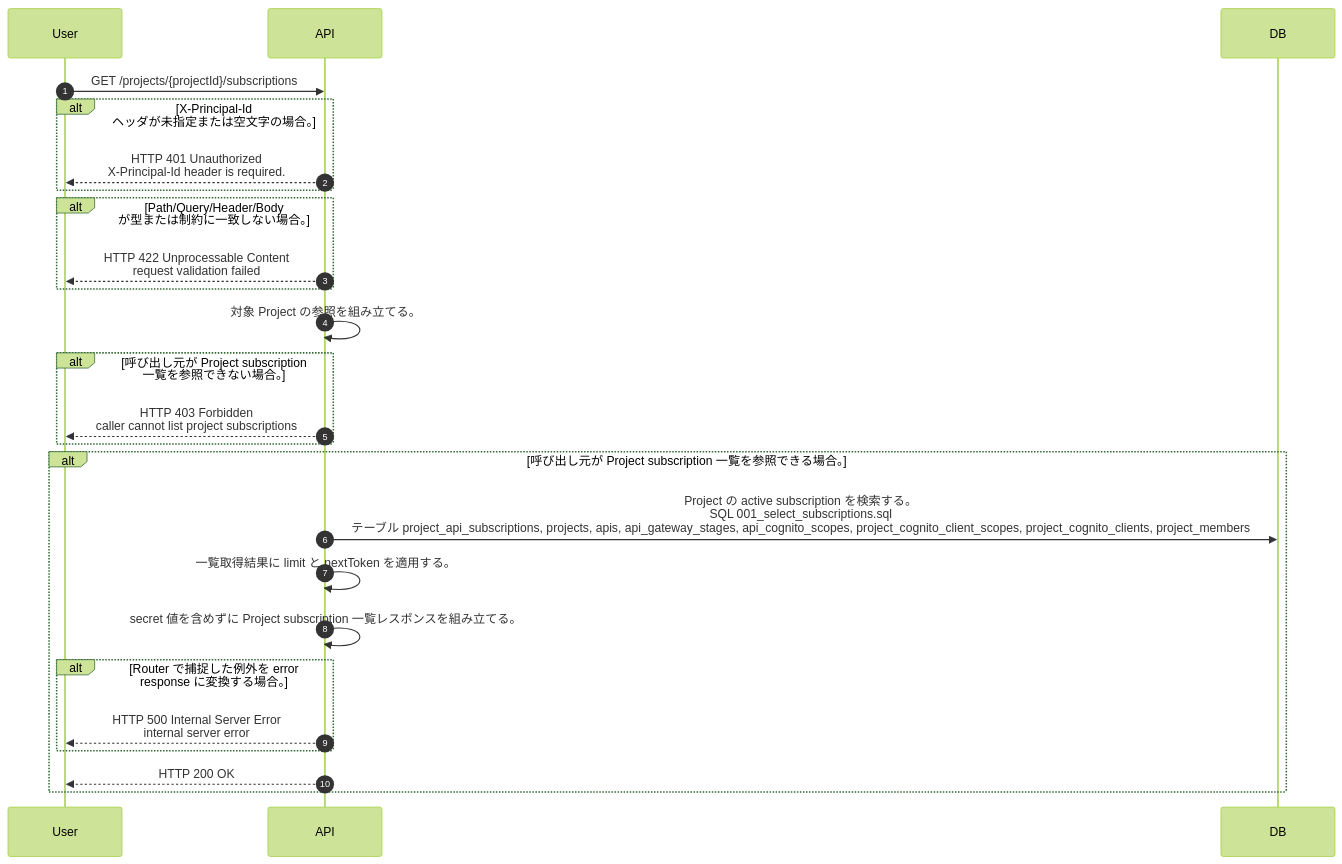
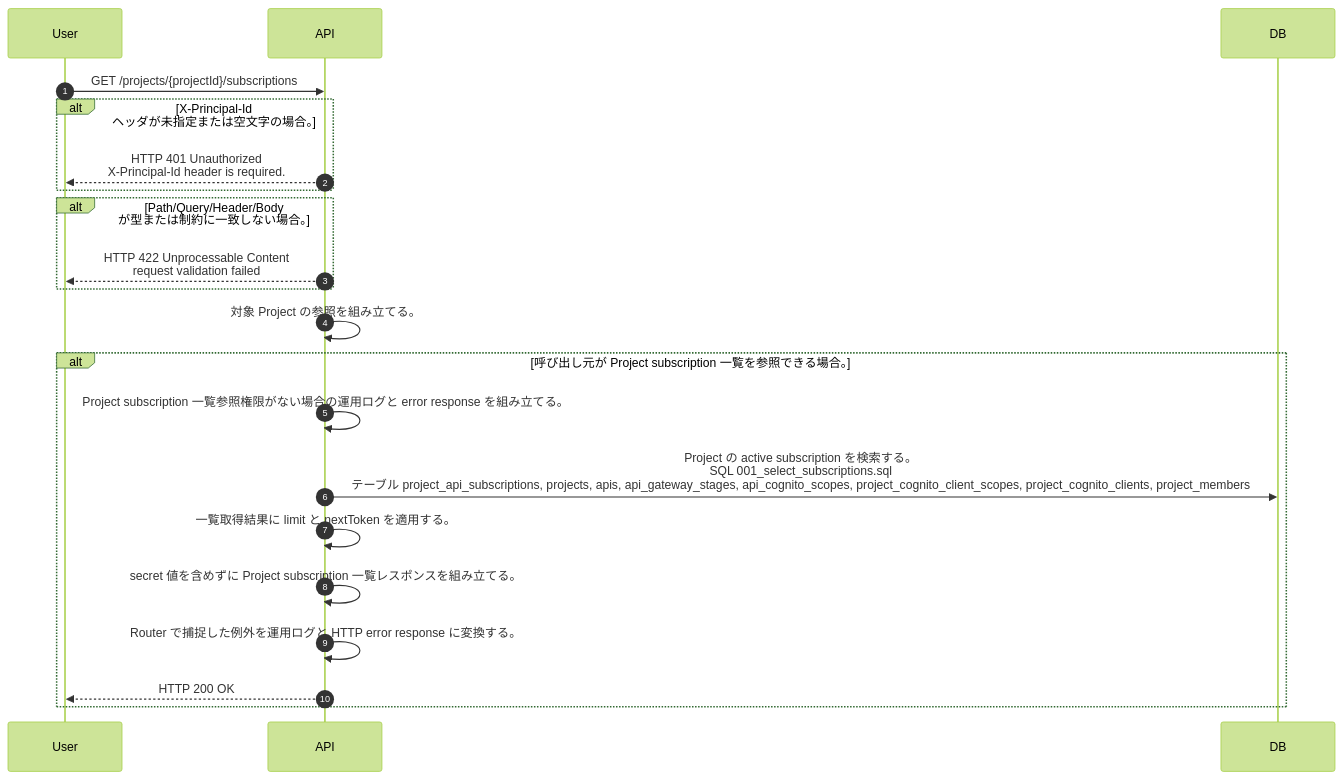
The diagram in docs/spec/40.apis/projects/list_project_subscriptions/sequence_gen.md (tsuji-tomonori/lazunex), drawn with Mermaid (forest theme) before and after one commit. The commit also changed 107 other files, not shown here.

````diff
--- a/docs/spec/40.apis/projects/list_project_subscriptions/sequence_gen.md
+++ b/docs/spec/40.apis/projects/list_project_subscriptions/sequence_gen.md
@@ -5,27 +5,23 @@
 ```mermaid
 sequenceDiagram
   autonumber
   participant User as User
   participant API as API
   participant DB as DB
   User->>API: GET /projects/{projectId}/subscriptions
   alt X-Principal-Id ヘッダが未指定または空文字の場合。
     API-->>User: HTTP 401 Unauthorized<br/>X-Principal-Id header is required.
   end
   alt Path/Query/Header/Body が型または制約に一致しない場合。
     API-->>User: HTTP 422 Unprocessable Content<br/>request validation failed
   end
   API->>API: 対象 Project の参照を組み立てる。
-  alt 呼び出し元が Project subscription 一覧を参照できない場合。
-    API-->>User: HTTP 403 Forbidden<br/>caller cannot list project subscriptions
-  end
   alt 呼び出し元が Project subscription 一覧を参照できる場合。
+    API->>API: Project subscription 一覧参照権限がない場合の運用ログと error response を組み立てる。
     API->>DB: Project の active subscription を検索する。<br/>SQL 001_select_subscriptions.sql<br/>テーブル project_api_subscriptions, projects, apis, api_gateway_stages, api_cognito_scopes, project_cognito_client_scopes, project_cognito_clients, project_members
     API->>API: 一覧取得結果に limit と nextToken を適用する。
     API->>API: secret 値を含めずに Project subscription 一覧レスポンスを組み立てる。
-    alt Router で捕捉した例外を error response に変換する場合。
-      API-->>User: HTTP 500 Internal Server Error<br/>internal server error
-    end
+    API->>API: Router で捕捉した例外を運用ログと HTTP error response に変換する。
     API-->>User: HTTP 200 OK
   end
 ```
````
